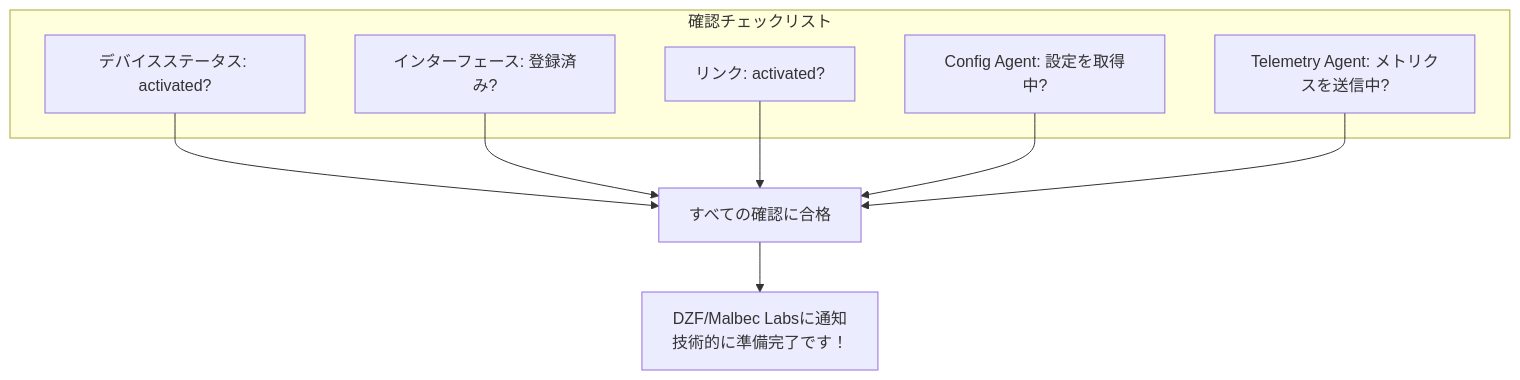
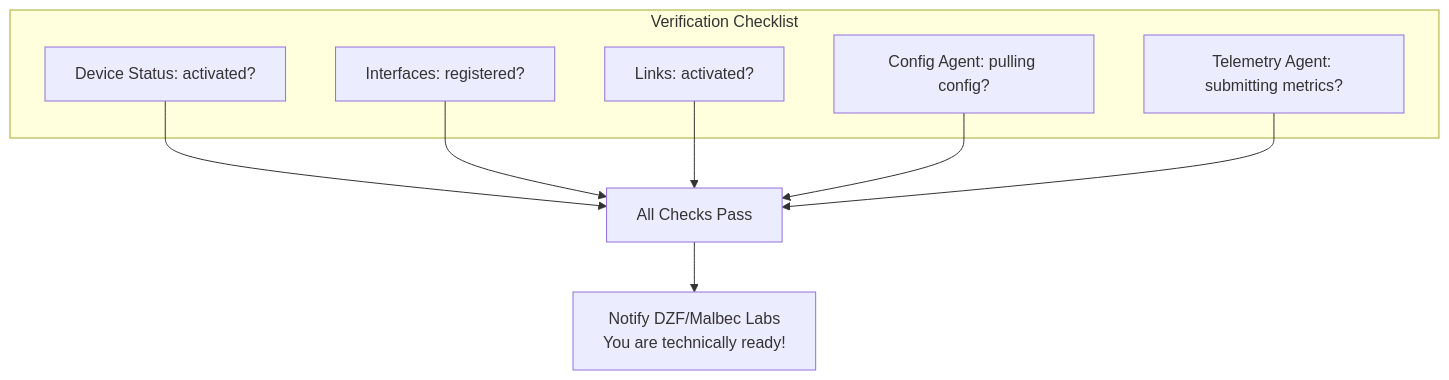
Before and after one commit to malbeclabs/docs: diagram 13 of 13 in docs/contribute-provisioning.ja.md, drawn with Mermaid. The commit also changed other lines of this file and 160 other files, not shown here.

````diff
--- a/docs/contribute-provisioning.ja.md
+++ b/docs/contribute-provisioning.ja.md
@@ -960,18 +1032,18 @@
 ```mermaid
 flowchart TB
-    subgraph "確認チェックリスト"
-        D[デバイスステータス: activated?]
-        I[インターフェース: 登録済み?]
-        L[リンク: activated?]
-        CA[Config Agent: 設定を取得中?]
-        TA[Telemetry Agent: メトリクスを送信中?]
+    subgraph "Verification Checklist"
+        D[Device Status: activated?]
+        I[Interfaces: registered?]
+        L[Links: activated?]
+        CA[Config Agent: pulling config?]
+        TA[Telemetry Agent: submitting metrics?]
     end
 
     D --> PASS
     I --> PASS
     L --> PASS
     CA --> PASS
     TA --> PASS
 
-    PASS[すべての確認に合格] --> NOTIFY[DZF/Malbec Labsに通知<br/>技術的に準備完了です！]
+    PASS[All Checks Pass] --> NOTIFY[Notify DZF/Malbec Labs<br/>You are technically ready!]
 ```
````
